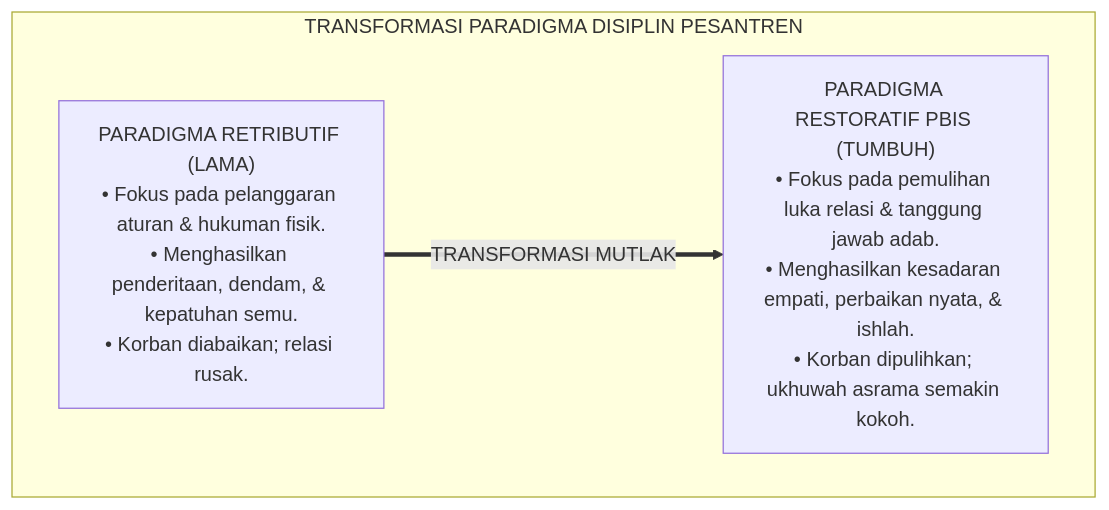
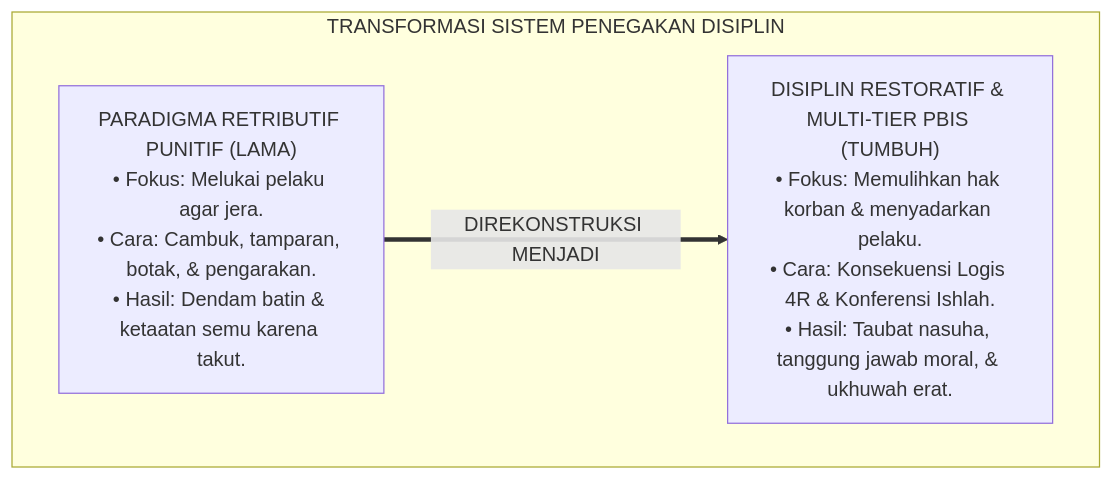
Before and after one commit to wandiapriliyandi/tumbuh: the first of 3 diagrams in 01 Philosophy/04 Education/P1-04-03-Paradigma-Disiplin-Restoratif-dan-PBIS.md, drawn with Mermaid. The commit also changed other lines of this file and 7 other files, not shown here.

````diff
--- a/01 Philosophy/04 Education/P1-04-03-Paradigma-Disiplin-Restoratif-dan-PBIS.md
+++ b/01 Philosophy/04 Education/P1-04-03-Paradigma-Disiplin-Restoratif-dan-PBIS.md
@@ -74,10 +56,10 @@
 ```mermaid
 flowchart TD
-    subgraph TransformasiParadigmaDisiplin["TRANSFORMASI PARADIGMA DISIPLIN PESANTREN"]
-        Retributif["PARADIGMA RETRIBUTIF (LAMA)<br/>• Fokus pada pelanggaran aturan & hukuman fisik.<br/>• Menghasilkan penderitaan, dendam, & kepatuhan semu.<br/>• Korban diabaikan; relasi rusak."]
+    subgraph TransformasiParadigmaDisiplin["TRANSFORMASI SISTEM PENEGAKAN DISIPLIN"]
+        PolaRetributifLama["PARADIGMA RETRIBUTIF PUNITIF (LAMA)<br/>• Fokus: Melukai pelaku agar jera.<br/>• Cara: Cambuk, tamparan, botak, & pengarakan.<br/>• Hasil: Dendam batin & ketaatan semu karena takut."]
         
-        Restoratif["PARADIGMA RESTORATIF PBIS (TUMBUH)<br/>• Fokus pada pemulihan luka relasi & tanggung jawab adab.<br/>• Menghasilkan kesadaran empati, perbaikan nyata, & ishlah.<br/>• Korban dipulihkan; ukhuwah asrama semakin kokoh."]
+        PolaRestoratifTUMBUH["DISIPLIN RESTORATIF & MULTI-TIER PBIS (TUMBUH)<br/>• Fokus: Memulihkan hak korban & menyadarkan pelaku.<br/>• Cara: Konsekuensi Logis 4R & Konferensi Ishlah.<br/>• Hasil: Taubat nasuha, tanggung jawab moral, & ukhuwah erat."]
         
-        Retributif ==>|TRANSFORMASI MUTLAK| Restoratif
+        PolaRetributifLama ==>|DIREKONSTRUKSI MENJADI| PolaRestoratifTUMBUH
     end
 ```
````
